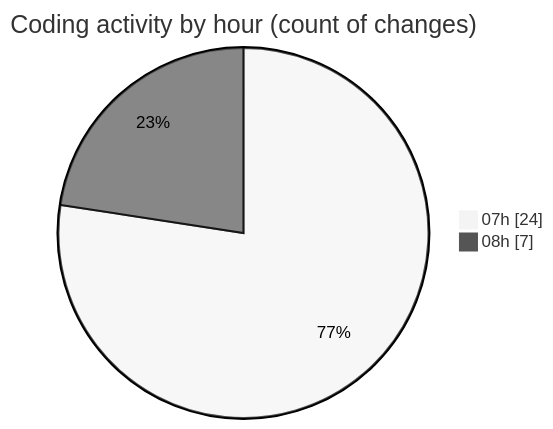
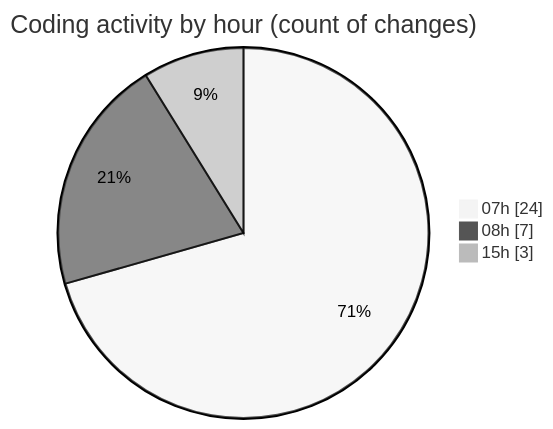
One commit to robertbonfada/code-tracking changed the second of 2 diagrams in 2025-03-10/mbc-web/README.md. Above: the diagram before and after it, drawn with Mermaid (neutral theme). The commit also changed other lines of this file and 1 other file, not shown here.

````diff
--- a/2025-03-10/mbc-web/README.md
+++ b/2025-03-10/mbc-web/README.md
@@ -35,6 +36,7 @@
 ```mermaid
 pie showData
 title Coding activity by hour (count of changes)
 "07h" : 24
 "08h" : 7
+"15h" : 3
 ```
````
